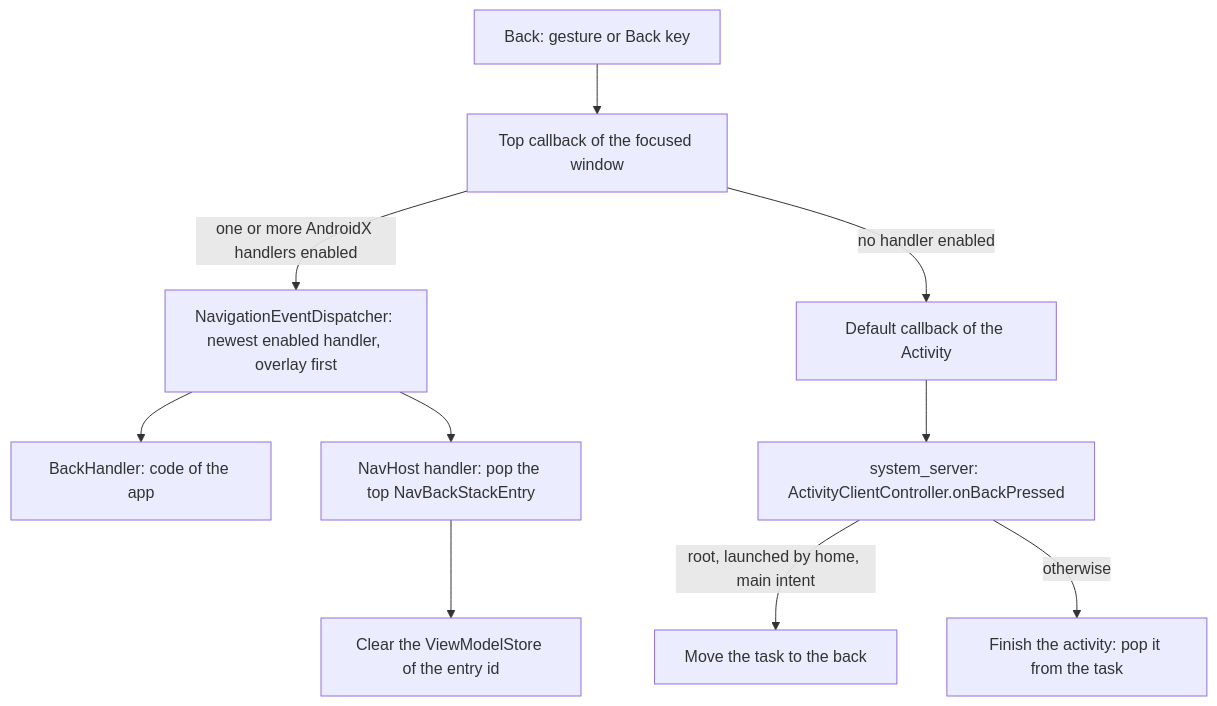
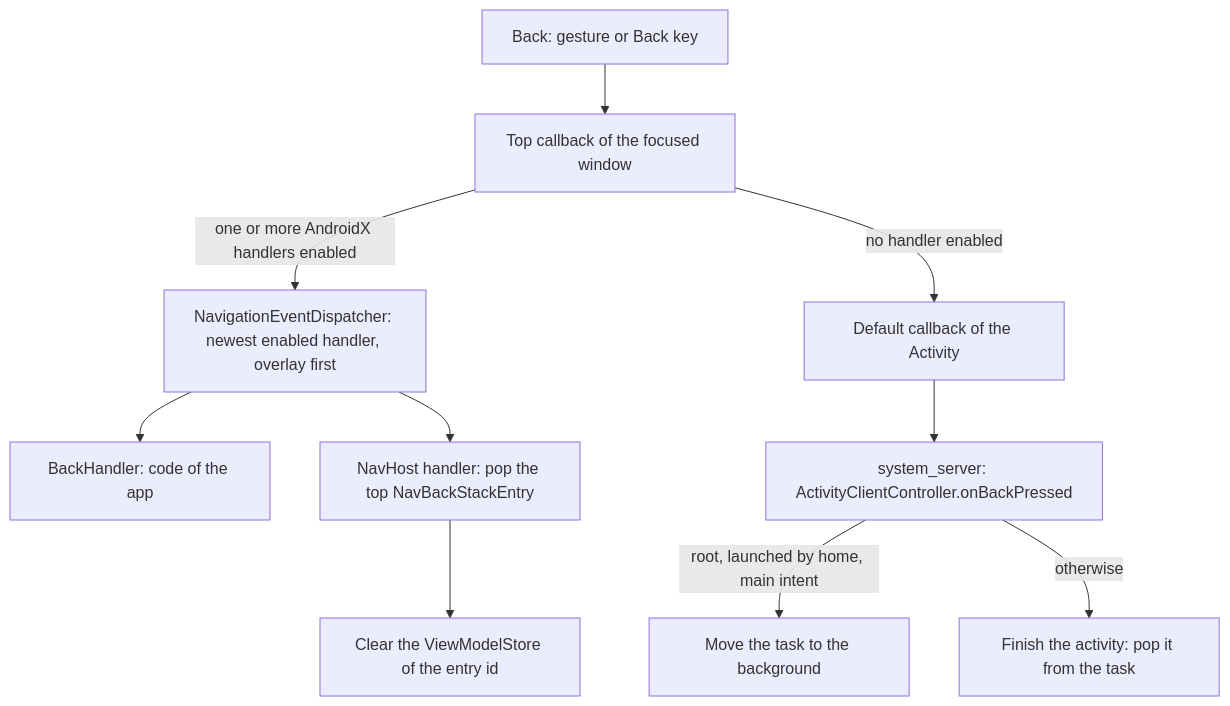
One commit to imGurpreetSK/android-from-first-principles changed the diagram in site/src/content/docs/state-survival/navigation.mdx. Above: the diagram before and after it, drawn with Mermaid. The commit also changed other lines of this file, not shown here.

Commit message:
Say in the navigation chapter that system_server moves the task to the background, not to the back, because the chapter also uses back for Back and for the back stack, and the Android 12 note uses background for the same action

````diff
--- a/site/src/content/docs/state-survival/navigation.mdx
+++ b/site/src/content/docs/state-survival/navigation.mdx
@@ -220,12 +220,12 @@
 ```mermaid
 flowchart TD
   back["Back: gesture or Back key"] --> top["Top callback of the focused window"]
   top -->|"one or more AndroidX handlers enabled"| ax["NavigationEventDispatcher: newest enabled handler, overlay first"]
   ax --> app["BackHandler: code of the app"]
   ax --> nav["NavHost handler: pop the top NavBackStackEntry"]
   nav --> clear["Clear the ViewModelStore of the entry id"]
   top -->|"no handler enabled"| def["Default callback of the Activity"]
   def --> acc["system_server: ActivityClientController.onBackPressed"]
-  acc -->|"root, launched by home, main intent"| move["Move the task to the back"]
+  acc -->|"root, launched by home, main intent"| move["Move the task to the background"]
   acc -->|"otherwise"| finish["Finish the activity: pop it from the task"]
 ```
````
